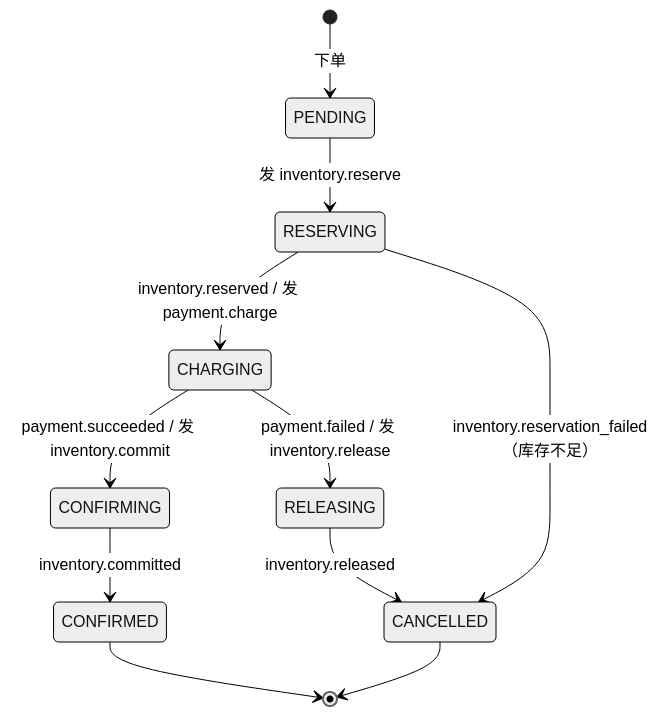
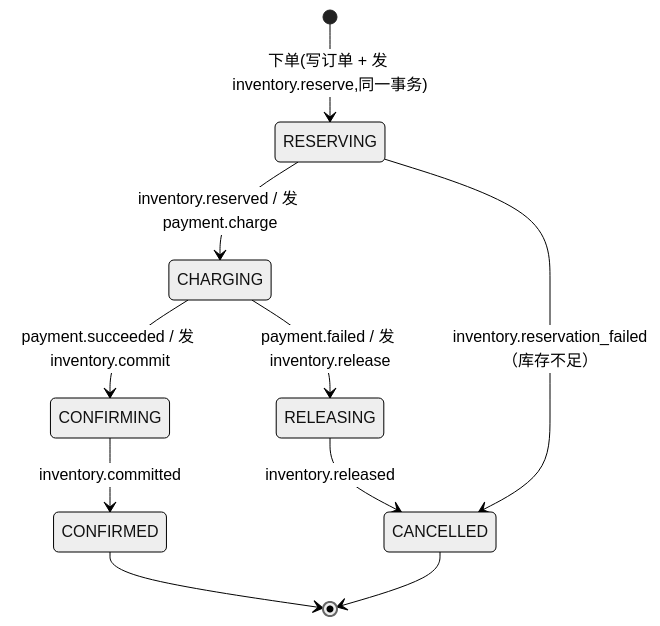
Before and after one commit to MIERAI/storefront: the first of 2 diagrams in docs/design/v2-microservices.md, drawn with Mermaid (neutral theme). The commit also changed other lines of this file, not shown here.

Commit message:
design v0.3: align with the factory's R4/R5 designs (state on the order row, no PENDING, UUIDv7 ids, RESERVING deadline 15 min, reservation expiry 24 h, committed/released events)

````diff
--- a/docs/design/v2-microservices.md
+++ b/docs/design/v2-microservices.md
@@ -212,13 +214,12 @@
 ```mermaid
 stateDiagram-v2
-    [*] --> PENDING: 下单
-    PENDING --> RESERVING: 发 inventory.reserve
+    [*] --> RESERVING: 下单(写订单 + 发 inventory.reserve,同一事务)
     RESERVING --> CHARGING: inventory.reserved / 发 payment.charge
     RESERVING --> CANCELLED: inventory.reservation_failed（库存不足）
     CHARGING --> CONFIRMING: payment.succeeded / 发 inventory.commit
     CHARGING --> RELEASING: payment.failed / 发 inventory.release
     CONFIRMING --> CONFIRMED: inventory.committed
     RELEASING --> CANCELLED: inventory.released
     CONFIRMED --> [*]
     CANCELLED --> [*]
 ```
````
